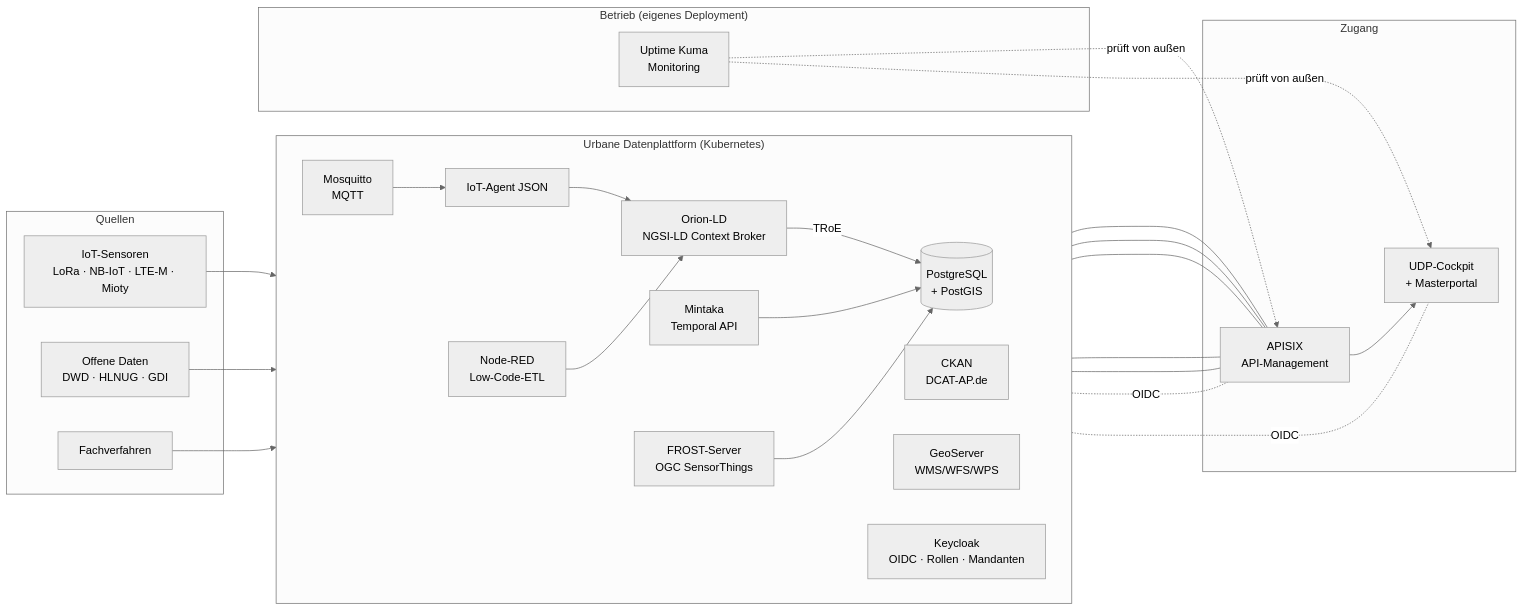
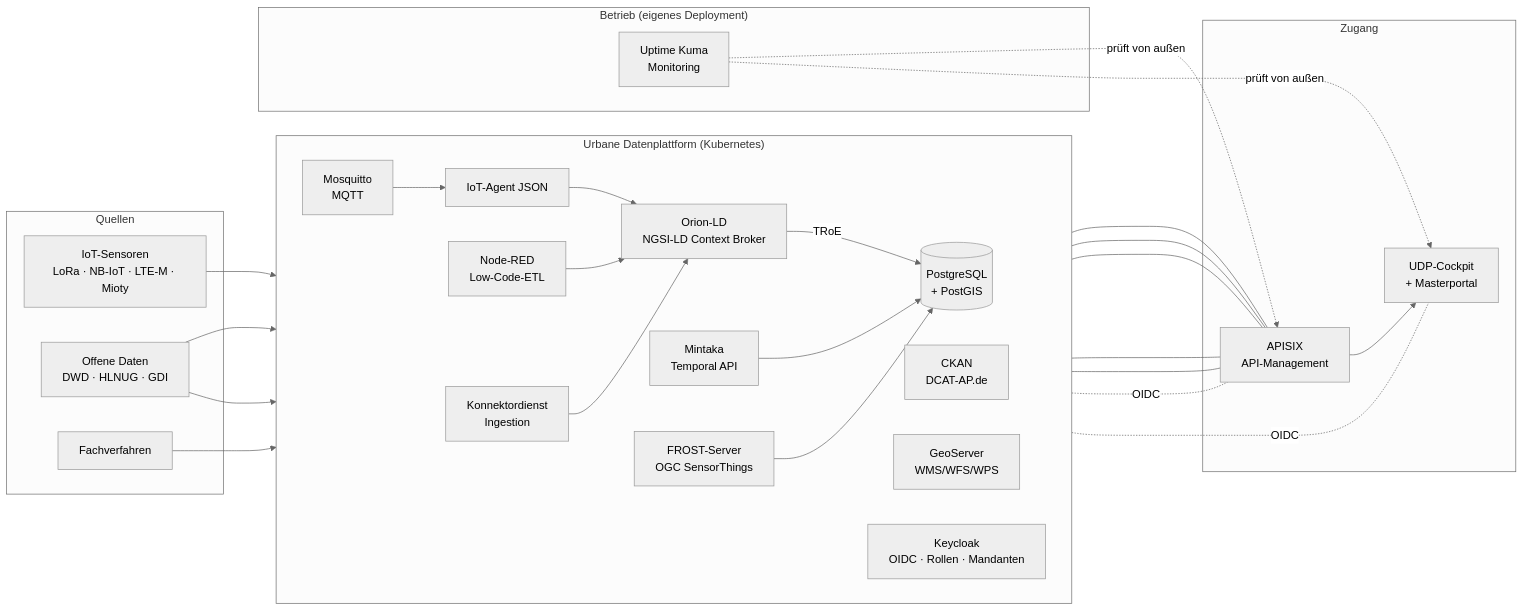
The diagram in README.md (idk-ev/udp_public), drawn with Mermaid (neutral theme) before and after one commit. The commit also changed 29 other files, not shown here.

````diff
--- a/README.md
+++ b/README.md
@@ -105,45 +105,48 @@
 ```mermaid
 flowchart LR
   subgraph Quellen
     S1[IoT-Sensoren<br/>LoRa · NB-IoT · LTE-M · Mioty]
     S2[Offene Daten<br/>DWD · HLNUG · GDI]
     S3[Fachverfahren]
   end
 
   subgraph UDP["Urbane Datenplattform (Kubernetes)"]
     direction LR
     MQ[Mosquitto<br/>MQTT] --> IA[IoT-Agent JSON]
     NR[Node-RED<br/>Low-Code-ETL]
+    KD[Konnektordienst<br/>Ingestion]
     IA --> CB[Orion-LD<br/>NGSI-LD Context Broker]
     NR --> CB
+    KD --> CB
     CB -->|TRoE| TS[(PostgreSQL<br/>+ PostGIS)]
     MI[Mintaka<br/>Temporal API] --> TS
     FR[FROST-Server<br/>OGC SensorThings] --> TS
     CK[CKAN<br/>DCAT-AP.de]
     GS[GeoServer<br/>WMS/WFS/WPS]
     KC[Keycloak<br/>OIDC · Rollen · Mandanten]
   end
 
   subgraph Zugang
     GW[APISIX<br/>API-Management]
     GUI[UDP-Cockpit<br/>+ Masterportal]
   end
 
   subgraph Betrieb["Betrieb (eigenes Deployment)"]
     UK[Uptime Kuma<br/>Monitoring]
   end
 
   S1 --> MQ
   S2 --> NR
+  S2 --> KD
   S3 --> NR
   CB --- GW
   MI --- GW
   FR --- GW
   CK --- GW
   GS --- GW
   GW --> GUI
   KC -. OIDC .- GW
   KC -. OIDC .- GUI
   UK -. prüft von außen .-> GW
   UK -. prüft von außen .-> GUI
 ```
````
